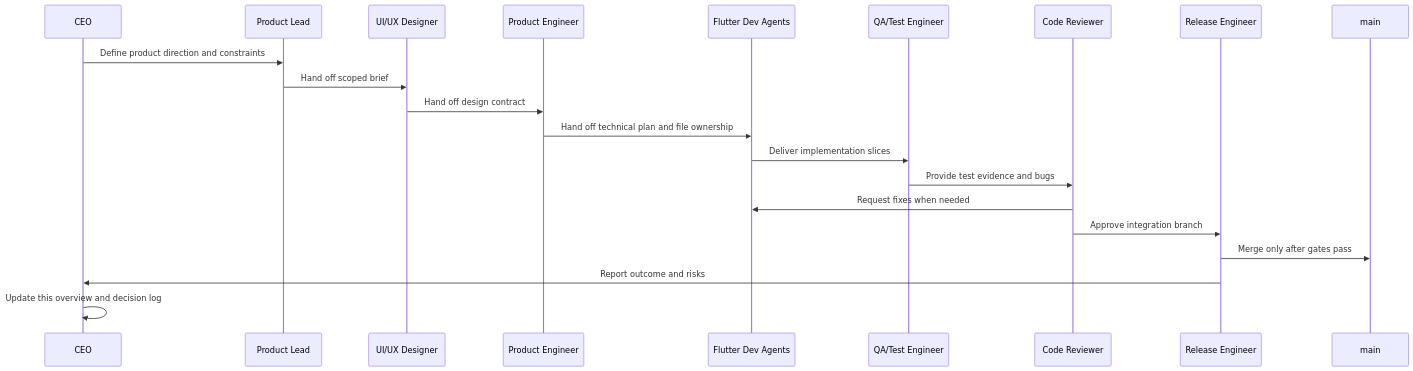
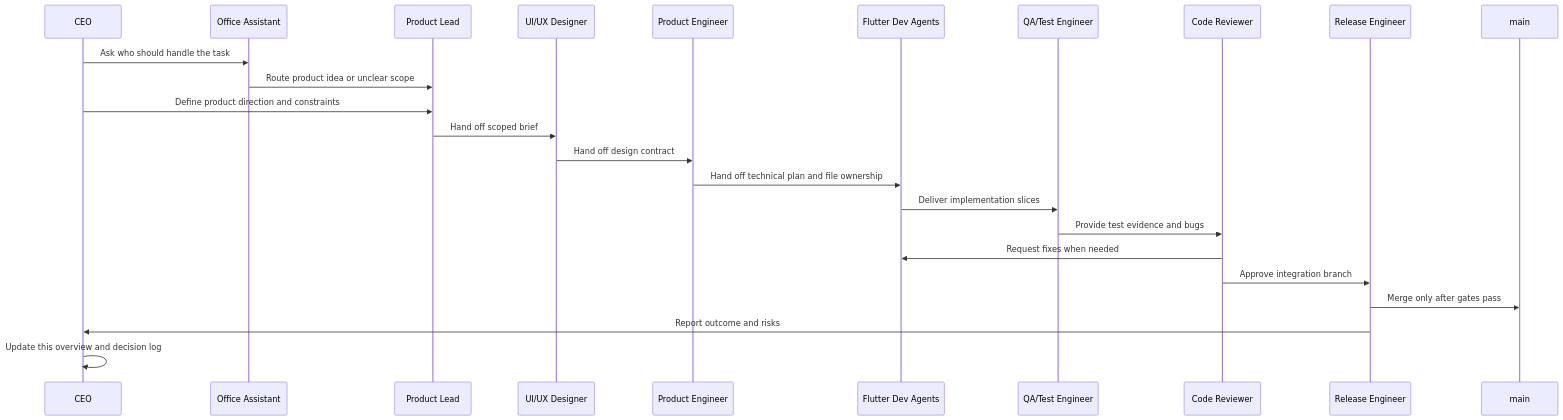
One commit to SafalFrom2050/ai-dev-team-flutter changed the second of 3 diagrams in CEO_OVERVIEW.md. Above: the diagram before and after it, drawn with Mermaid. The commit also changed other lines of this file and 7 other files, not shown here.

Commit message:
Add Office Assistant triage role

````diff
--- a/CEO_OVERVIEW.md
+++ b/CEO_OVERVIEW.md
@@ -56,24 +62,27 @@
 ```mermaid
 sequenceDiagram
     participant CEO
+    participant Assistant as Office Assistant
     participant Product as Product Lead
     participant Design as UI/UX Designer
     participant Arch as Product Engineer
     participant Dev as Flutter Dev Agents
     participant QA as QA/Test Engineer
     participant Review as Code Reviewer
     participant Release as Release Engineer
     participant Main as main
 
+    CEO->>Assistant: Ask who should handle the task
+    Assistant->>Product: Route product idea or unclear scope
     CEO->>Product: Define product direction and constraints
     Product->>Design: Hand off scoped brief
     Design->>Arch: Hand off design contract
     Arch->>Dev: Hand off technical plan and file ownership
     Dev->>QA: Deliver implementation slices
     QA->>Review: Provide test evidence and bugs
     Review->>Dev: Request fixes when needed
     Review->>Release: Approve integration branch
     Release->>Main: Merge only after gates pass
     Release->>CEO: Report outcome and risks
     CEO->>CEO: Update this overview and decision log
 ```
````
